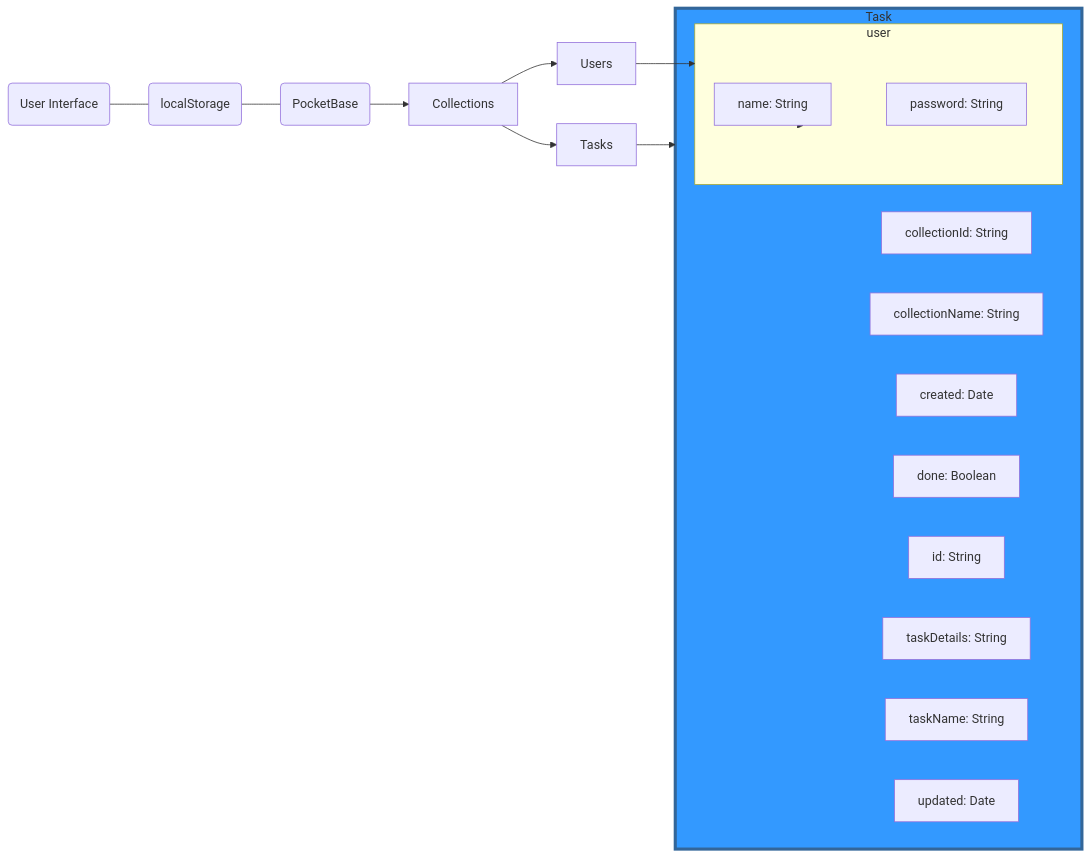
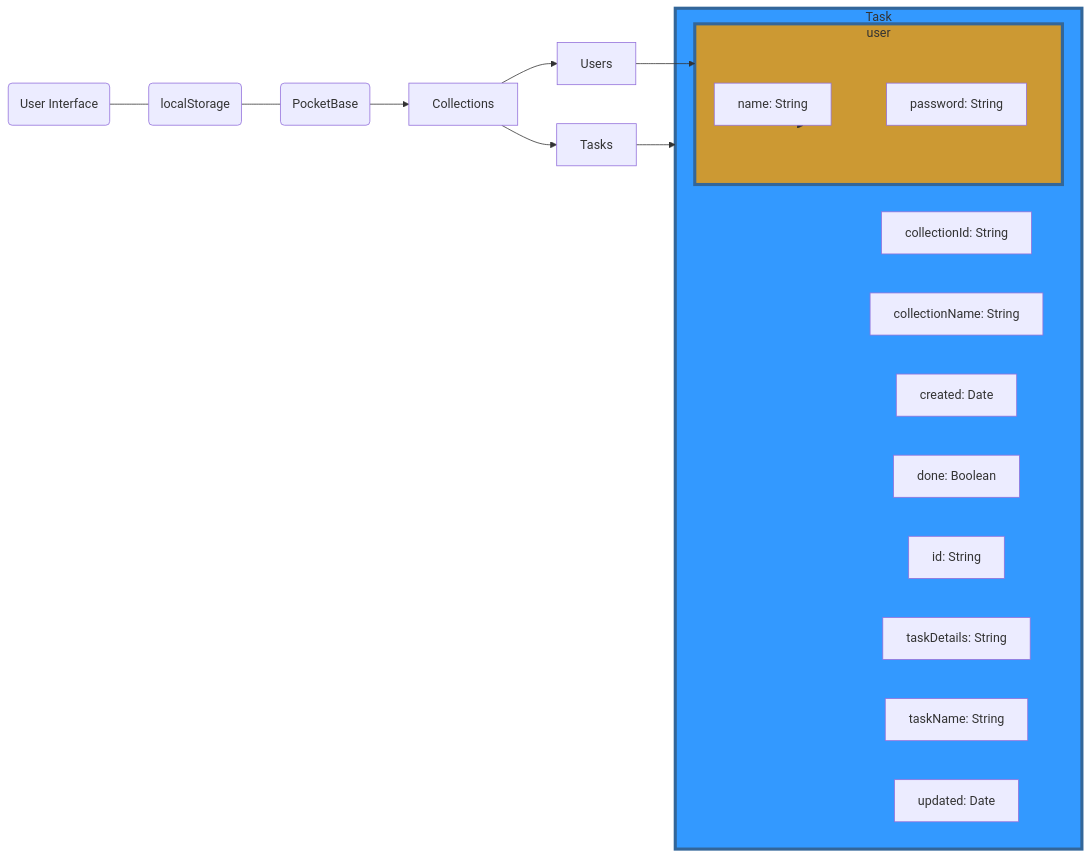
The first of 2 diagrams in src/lib/project-chart.md (mikepeiman/LifeOS), drawn with Mermaid before and after one commit. The commit also changed other lines of this file and 1 other file, not shown here.

Commit message:
used a function to add array of tasks to PB. Also updated project diagram with TODOs

````diff
--- a/src/lib/project-chart.md
+++ b/src/lib/project-chart.md
@@ -1,31 +1,36 @@
 ```mermaid
-graph LR;
+graph LR
 PB(PocketBase)
 UI(User Interface)
 LS(localStorage)
 UI---LS---PB
 Collections-->Users
 Users-->user
 user-->name
 user-->password
 Tasks-->Task 
     subgraph user
         name["name: String"]
         password["password: String"]
     end
+    style user fill:#c93,stroke:#369,stroke-width:4px
+
+
     style Task fill:#39f,stroke:#369,stroke-width:4px
     subgraph Task
         collectionId["collectionId: String"]
         collectionName["collectionName: String"]
         created["created: Date"]
         done["done: Boolean"]
         id["id: String"]
         taskDetails["taskDetails: String"]
         taskName["taskName: String"]
         updated["updated: Date"]
-        user["user: String"]
+        user
     end
 
+    
 PB-->Collections
 Collections-->Tasks
+
 ```
````
